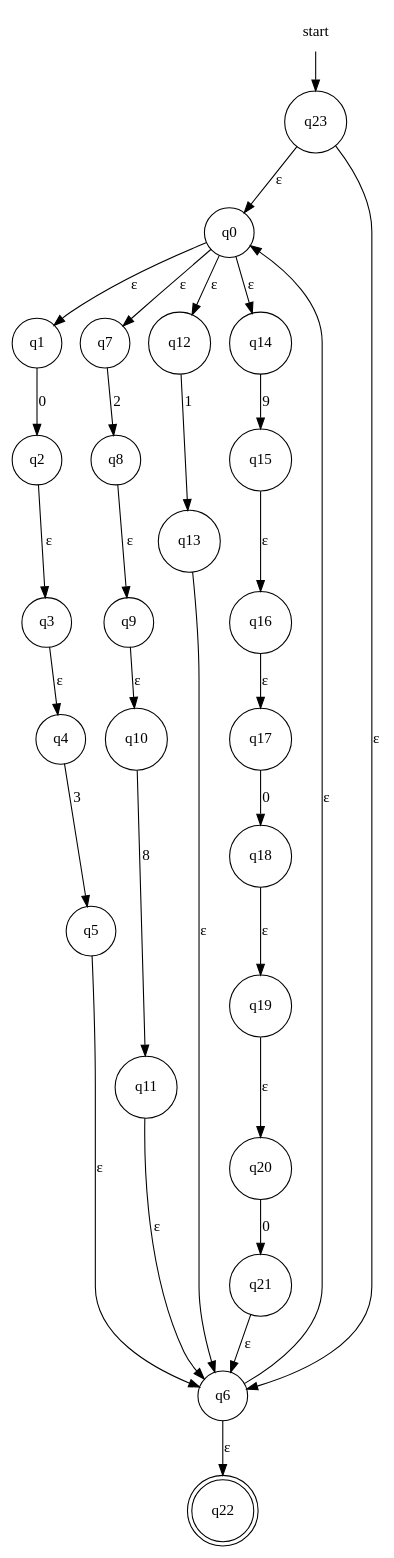
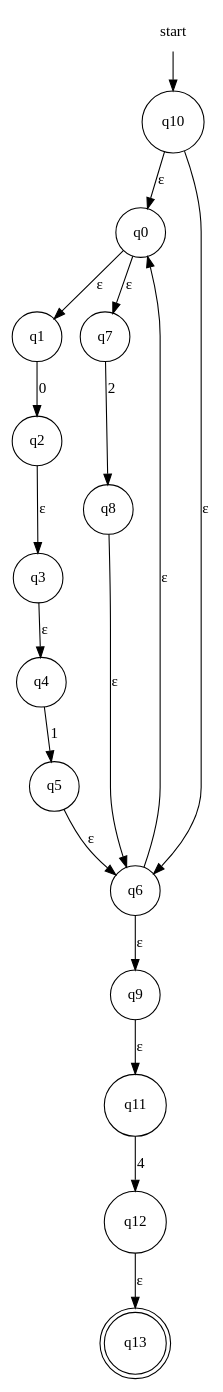
The diagram in fase1/RE-eNFA/regex_4.dot (evertheylen/TA_TO), drawn with Graphviz before and after one commit. The commit also changed 12 other files, not shown here.

```diff
--- a/fase1/RE-eNFA/regex_4.dot
+++ b/fase1/RE-eNFA/regex_4.dot
@@ -1,34 +1,22 @@
 digraph automaton {
     node [shape=none]; start;
-    node [shape=doublecircle]; "q22";
+    node [shape=doublecircle]; "q13";
     node [shape=circle];
-    start -> "q23";
+    start -> "q10";
     "q0" -> "q1" [label="&epsilon;"];
     "q0" -> "q7" [label="&epsilon;"];
-    "q0" -> "q12" [label="&epsilon;"];
-    "q0" -> "q14" [label="&epsilon;"];
     "q1" -> "q2" [label="0"];
     "q2" -> "q3" [label="&epsilon;"];
     "q3" -> "q4" [label="&epsilon;"];
-    "q4" -> "q5" [label="3"];
+    "q4" -> "q5" [label="1"];
     "q5" -> "q6" [label="&epsilon;"];
     "q6" -> "q0" [label="&epsilon;"];
-    "q6" -> "q22" [label="&epsilon;"];
+    "q6" -> "q9" [label="&epsilon;"];
     "q7" -> "q8" [label="2"];
-    "q8" -> "q9" [label="&epsilon;"];
-    "q9" -> "q10" [label="&epsilon;"];
-    "q10" -> "q11" [label="8"];
-    "q11" -> "q6" [label="&epsilon;"];
-    "q12" -> "q13" [label="1"];
-    "q13" -> "q6" [label="&epsilon;"];
-    "q14" -> "q15" [label="9"];
-    "q15" -> "q16" [label="&epsilon;"];
-    "q16" -> "q17" [label="&epsilon;"];
-    "q17" -> "q18" [label="0"];
-    "q18" -> "q19" [label="&epsilon;"];
-    "q19" -> "q20" [label="&epsilon;"];
-    "q20" -> "q21" [label="0"];
-    "q21" -> "q6" [label="&epsilon;"];
-    "q23" -> "q0" [label="&epsilon;"];
-    "q23" -> "q6" [label="&epsilon;"];
+    "q8" -> "q6" [label="&epsilon;"];
+    "q9" -> "q11" [label="&epsilon;"];
+    "q10" -> "q0" [label="&epsilon;"];
+    "q10" -> "q6" [label="&epsilon;"];
+    "q11" -> "q12" [label="4"];
+    "q12" -> "q13" [label="&epsilon;"];
 }
```
